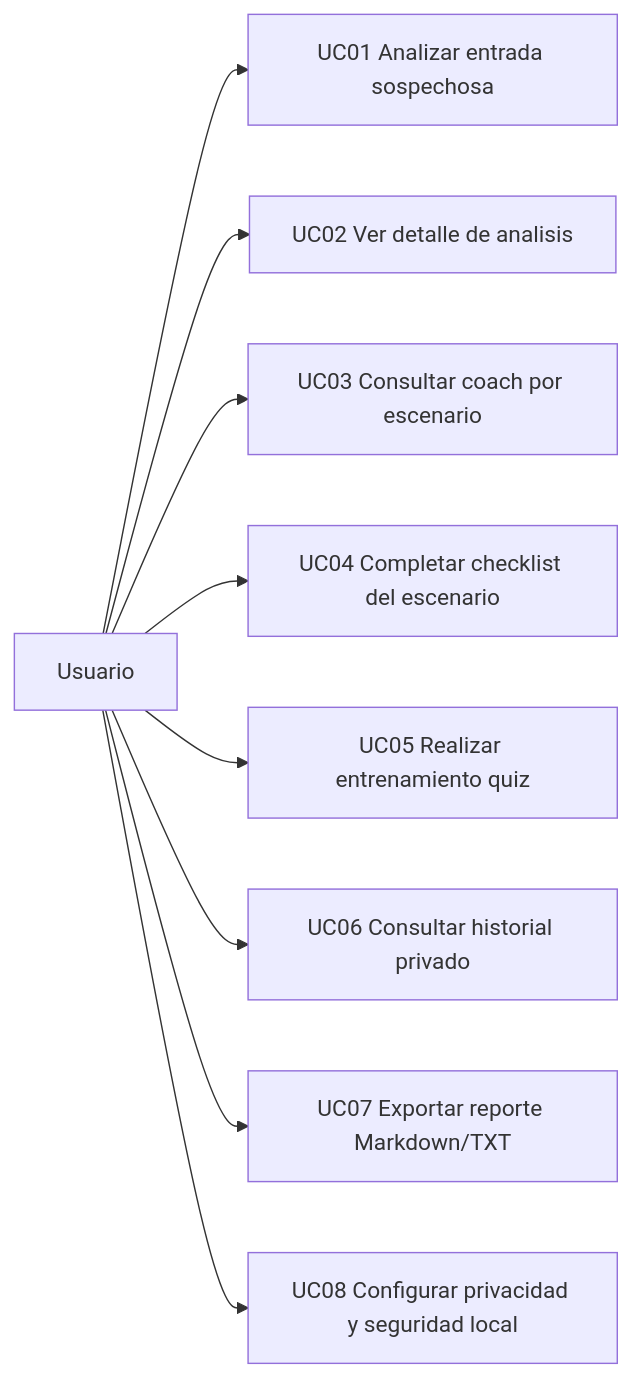
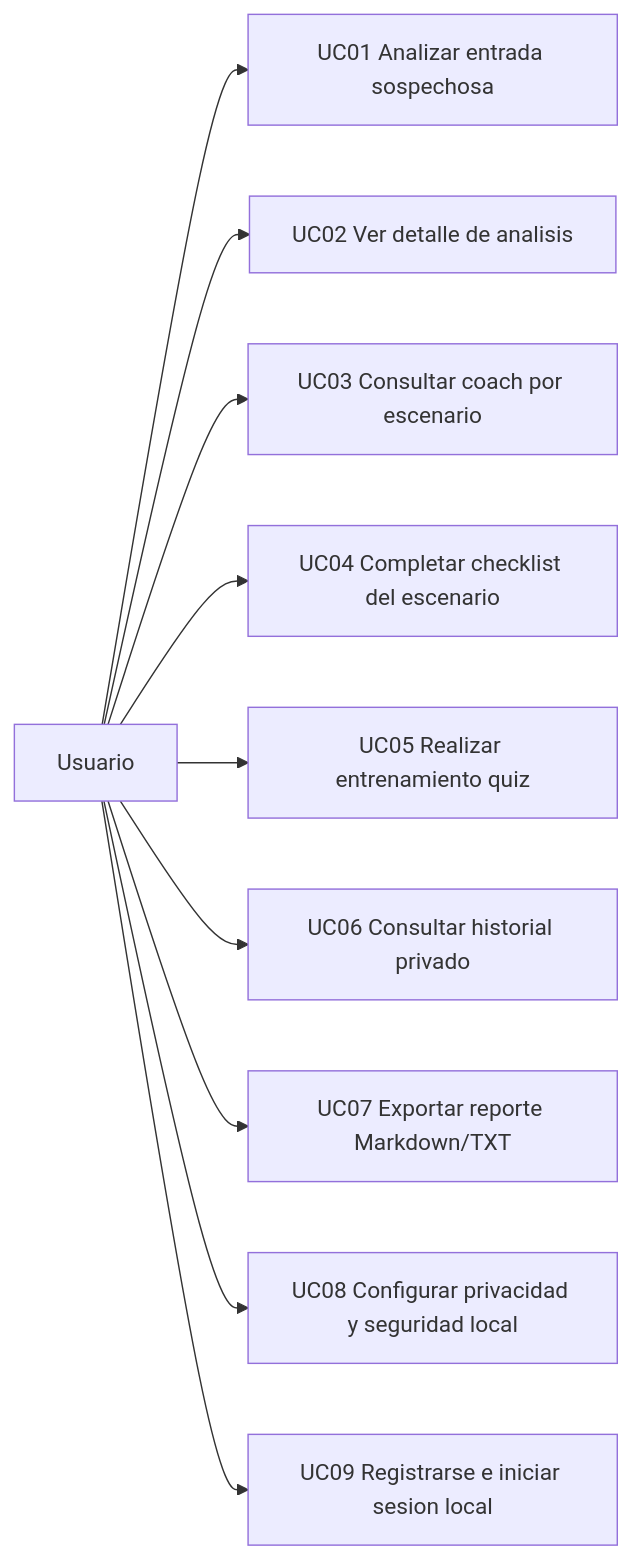
The diagram in docs/Casos_de_Uso.md (estefaniajm94/Proyecto-final), drawn with Mermaid before and after one commit. The commit also changed other lines of this file and 82 other files, not shown here.

````diff
--- a/docs/Casos_de_Uso.md
+++ b/docs/Casos_de_Uso.md
@@ -4,11 +4,12 @@
 ```mermaid
 flowchart LR
     U[Usuario] --> UC01[UC01 Analizar entrada sospechosa]
     U --> UC02[UC02 Ver detalle de analisis]
     U --> UC03[UC03 Consultar coach por escenario]
     U --> UC04[UC04 Completar checklist del escenario]
     U --> UC05[UC05 Realizar entrenamiento quiz]
     U --> UC06[UC06 Consultar historial privado]
     U --> UC07[UC07 Exportar reporte Markdown/TXT]
     U --> UC08[UC08 Configurar privacidad y seguridad local]
+    U --> UC09[UC09 Registrarse e iniciar sesion local]
 ```
````
